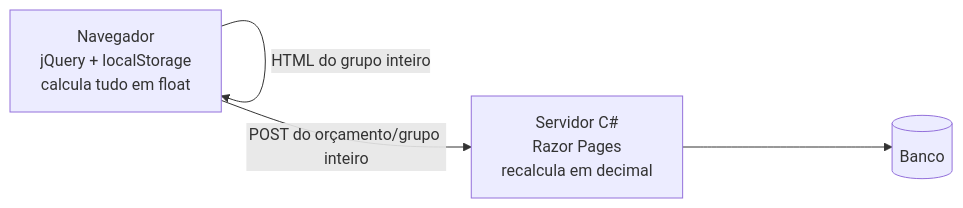
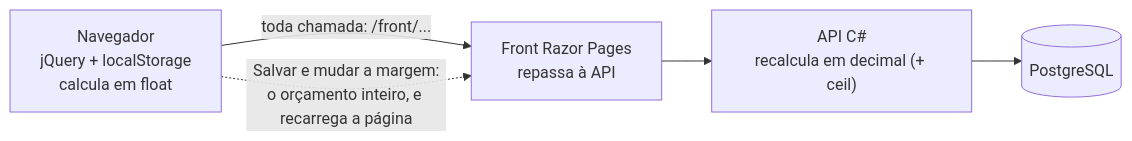
The second of 3 diagrams in README.md (PhrStyle/rework-budgets-system), drawn with Mermaid before and after one commit. The commit also changed other lines of this file and 16 other files, not shown here.

````diff
--- a/README.md
+++ b/README.md
@@ -204,6 +211,7 @@
 ```mermaid
 flowchart LR
-  B[Navegador<br/>jQuery + localStorage<br/>calcula tudo em float] -- "HTML do grupo inteiro" --> B
-  B -- "POST do orçamento/grupo inteiro" --> S[Servidor C#<br/>Razor Pages<br/>recalcula em decimal]
-  S --> D[(Banco)]
+  B["Navegador<br/>jQuery + localStorage<br/>calcula em float"] -- "toda chamada: /front/..." --> F["Front Razor Pages<br/>repassa à API"]
+  F --> S["API C#<br/>recalcula em decimal (+ ceil)"]
+  S --> D[("PostgreSQL")]
+  B -. "Salvar e mudar a margem:<br/>o orçamento inteiro, e recarrega a página" .-> F
 ```
````
